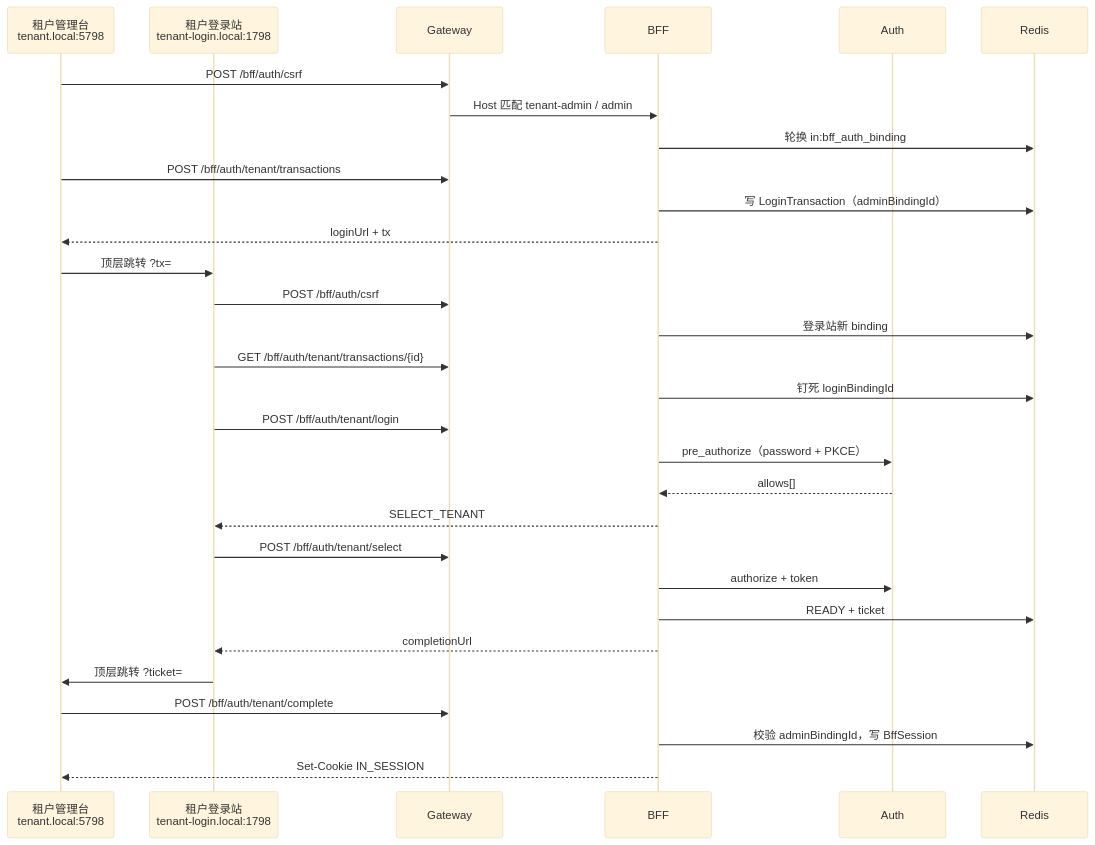
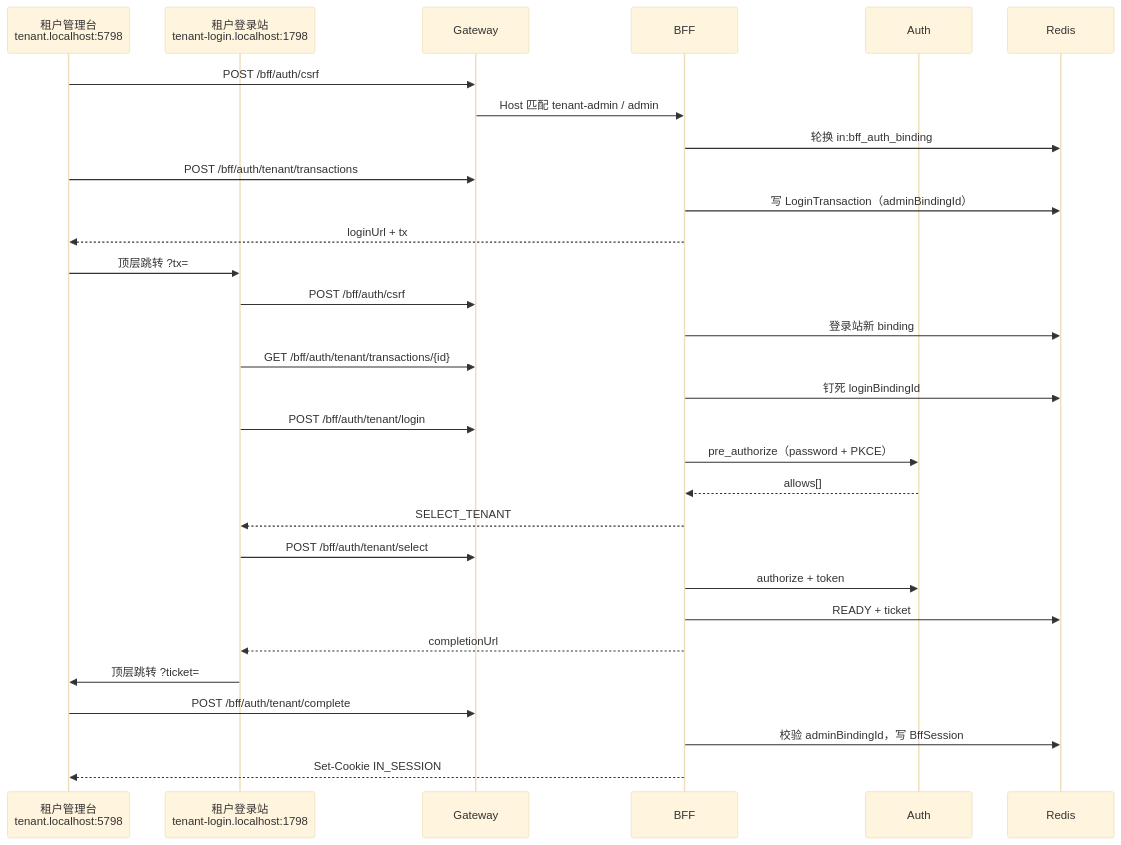
The diagram in docs/modules/authorization-server/BFF-AUTH-FLOW.md (ingot-cloud/ingot), drawn with Mermaid (base theme) before and after one commit. The commit also changed other lines of this file and 8 other files, not shown here.

````diff
--- a/docs/modules/authorization-server/BFF-AUTH-FLOW.md
+++ b/docs/modules/authorization-server/BFF-AUTH-FLOW.md
@@ -129,35 +123,35 @@
 ```mermaid
 sequenceDiagram
-    participant Admin as 租户管理台<br/>tenant.local:5798
-    participant Login as 租户登录站<br/>tenant-login.local:1798
+    participant Admin as 租户管理台<br/>tenant.localhost:5798
+    participant Login as 租户登录站<br/>tenant-login.localhost:1798
     participant GW as Gateway
     participant BFF as BFF
     participant Auth as Auth
     participant Redis as Redis
 
     Admin->>GW: POST /bff/auth/csrf
     GW->>BFF: Host 匹配 tenant-admin / admin
     BFF->>Redis: 轮换 in:bff_auth_binding
     Admin->>GW: POST /bff/auth/tenant/transactions
     BFF->>Redis: 写 LoginTransaction（adminBindingId）
     BFF-->>Admin: loginUrl + tx
     Admin->>Login: 顶层跳转 ?tx=
 
     Login->>GW: POST /bff/auth/csrf
     BFF->>Redis: 登录站新 binding
     Login->>GW: GET /bff/auth/tenant/transactions/{id}
     BFF->>Redis: 钉死 loginBindingId
     Login->>GW: POST /bff/auth/tenant/login
     BFF->>Auth: pre_authorize（password + PKCE）
     Auth-->>BFF: allows[]
     BFF-->>Login: SELECT_TENANT
     Login->>GW: POST /bff/auth/tenant/select
     BFF->>Auth: authorize + token
     BFF->>Redis: READY + ticket
     BFF-->>Login: completionUrl
     Login->>Admin: 顶层跳转 ?ticket=
 
     Admin->>GW: POST /bff/auth/tenant/complete
     BFF->>Redis: 校验 adminBindingId，写 BffSession
     BFF-->>Admin: Set-Cookie IN_SESSION
 ```
````
